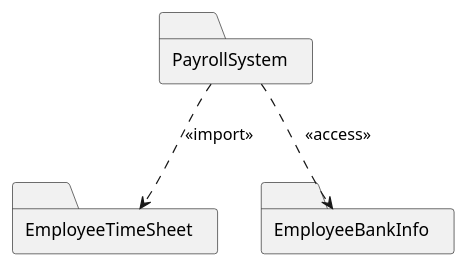
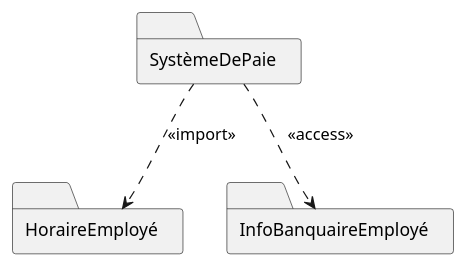
One commit to gigl-uml/Guide_uml_polymtl changed the diagram in plant_uml/accessRelationPackage.plantuml. Above: the diagram before and after it, drawn with PlantUML. The commit also changed 11 other files, not shown here.

```diff
--- a/plant_uml/accessRelationPackage.plantuml
+++ b/plant_uml/accessRelationPackage.plantuml
@@ -1,15 +1,15 @@
 @startuml
 hide circle
 allow_mixing
 skinparam classAttributeIconSize 0
 skinparam backgroundcolor transparent
 
-folder PayrollSystem
-folder EmployeeTimeSheet
-folder EmployeeBankInfo
+folder SystèmeDePaie
+folder HoraireEmployé
+folder InfoBanquaireEmployé
 
-PayrollSystem..>EmployeeBankInfo:<<access>>
-PayrollSystem..>EmployeeTimeSheet:<<import>>
+SystèmeDePaie..>InfoBanquaireEmployé:<<access>>
+SystèmeDePaie..>HoraireEmployé:<<import>>
 
 
 @enduml
```
